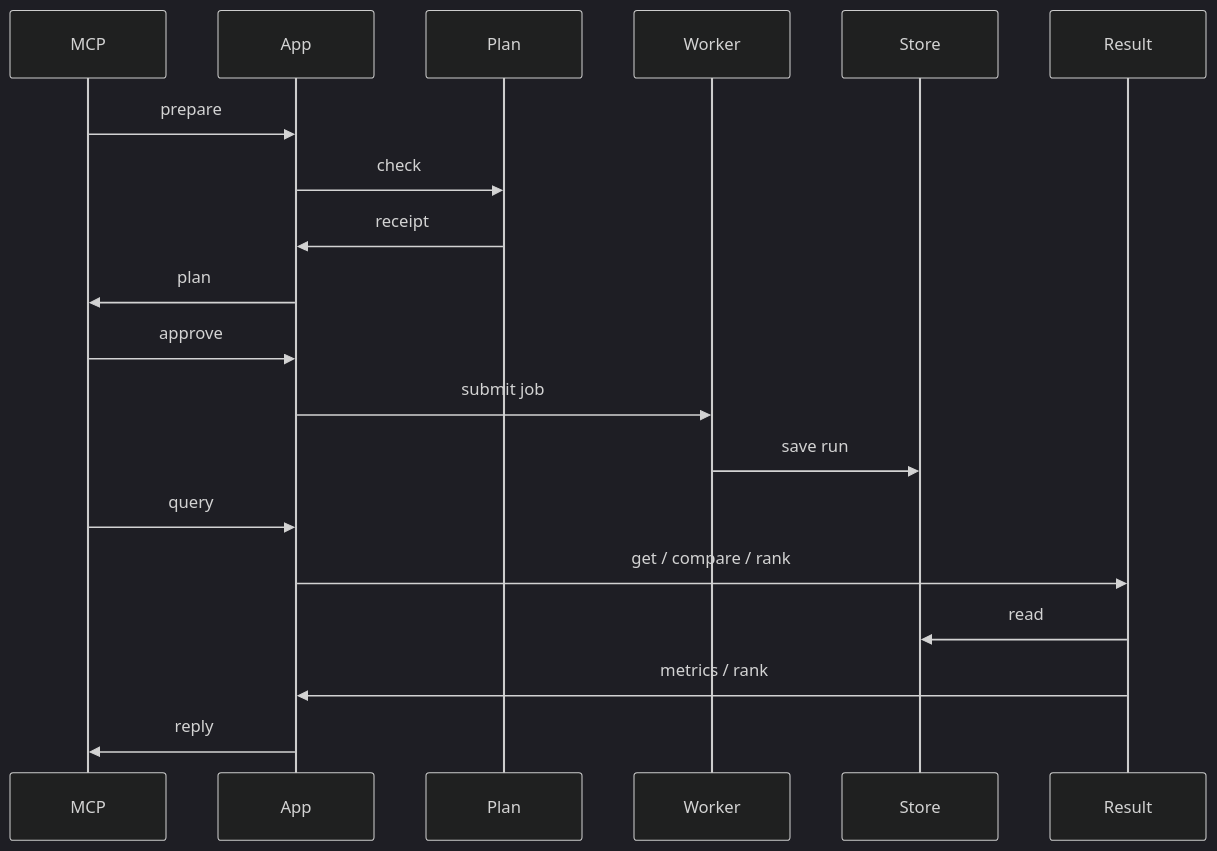
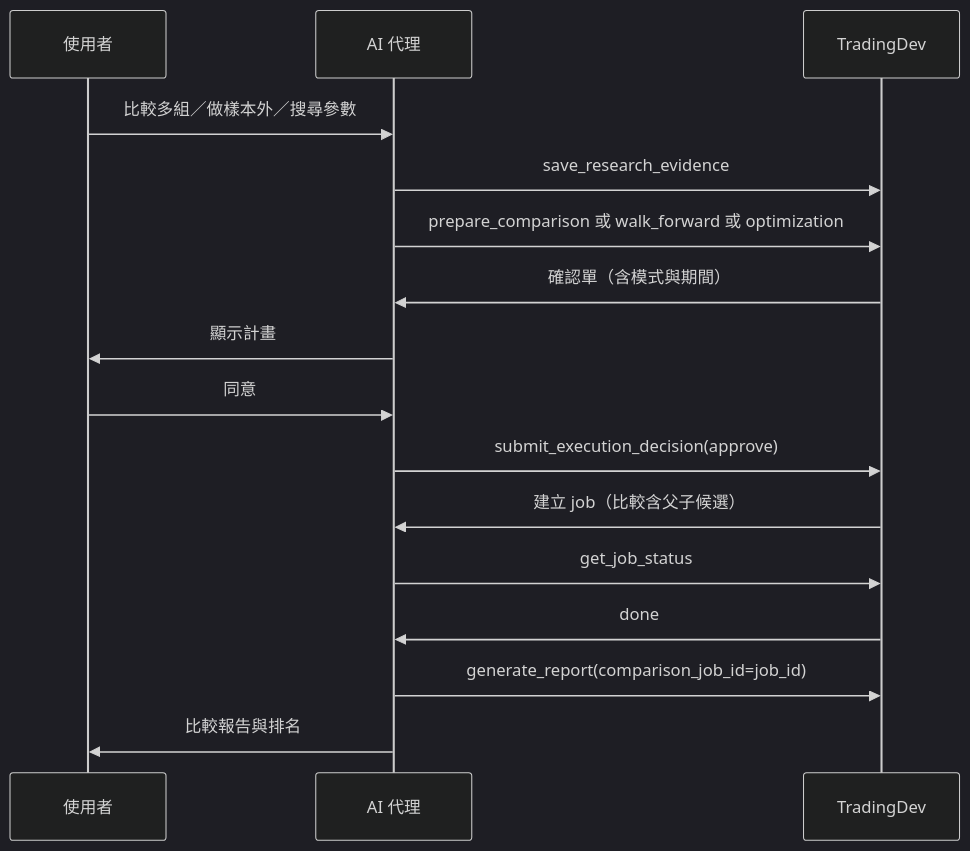
One commit to Kuan-Lun/tradingdev changed the seventh of 9 diagrams in docs/talks/tradingdev-introduction/slides.md. Above: the diagram before and after it, drawn with Mermaid (dark theme). The commit also changed other lines of this file and 1 other file, not shown here.

First line of the commit message:
docs: integrate MCP tools slides into introduction deck

````diff
--- a/docs/talks/tradingdev-introduction/slides.md
+++ b/docs/talks/tradingdev-introduction/slides.md
@@ -675,23 +631,19 @@
 ```mermaid
 sequenceDiagram
-    accTitle: TradingDev 內部模組的訊號流程
-    participant MCP
-    participant App
-    participant Plan
-    participant Worker
-    participant Store
-    participant Result
-
-    MCP->>App: prepare
-    App->>Plan: check
-    Plan->>App: receipt
-    App->>MCP: plan
-    MCP->>App: approve
-    App->>Worker: submit job
-    Worker->>Store: save run
-    MCP->>App: query
-    App->>Result: get / compare / rank
-    Result->>Store: read
-    Result->>App: metrics / rank
-    App->>MCP: reply
+    accTitle: UC-02 比較與樣本外研究
+    participant U as 使用者
+    participant A as AI 代理
+    participant T as TradingDev
+    U->>A: 比較多組／做樣本外／搜尋參數
+    A->>T: save_research_evidence
+    A->>T: prepare_comparison 或 walk_forward 或 optimization
+    T->>A: 確認單（含模式與期間）
+    A->>U: 顯示計畫
+    U->>A: 同意
+    A->>T: submit_execution_decision(approve)
+    T->>A: 建立 job（比較含父子候選）
+    A->>T: get_job_status
+    T->>A: done
+    A->>T: generate_report(comparison_job_id=job_id)
+    A->>U: 比較報告與排名
 ```
````
